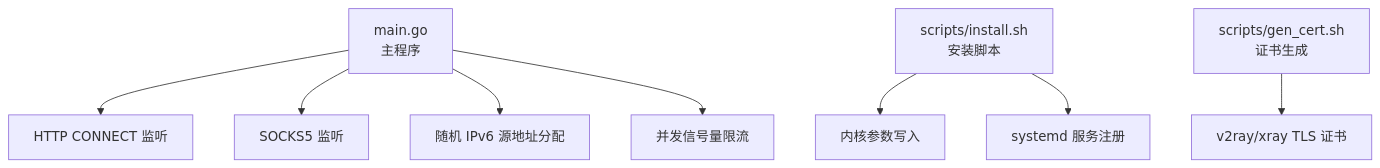
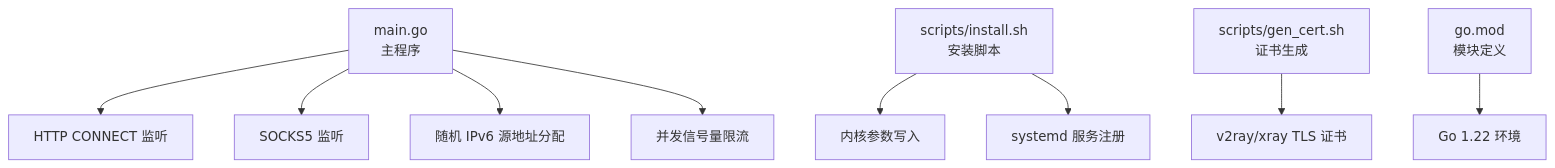
One commit to chuwang9964/ipv6-proxy-pool changed the first of 4 diagrams in .qoder/repowiki/zh/content/配置参考.md. Above: the diagram before and after it, drawn with Mermaid. The commit also changed other lines of this file and 22 other files, not shown here.

````diff
--- a/.qoder/repowiki/zh/content/配置参考.md
+++ b/.qoder/repowiki/zh/content/配置参考.md
@@ -33,10 +42,11 @@
 ```mermaid
 graph TB
 A["main.go<br/>主程序"] --> B["HTTP CONNECT 监听"]
 A --> C["SOCKS5 监听"]
 A --> D["随机 IPv6 源地址分配"]
 A --> E["并发信号量限流"]
 F["scripts/install.sh<br/>安装脚本"] --> G["内核参数写入"]
 F --> H["systemd 服务注册"]
 I["scripts/gen_cert.sh<br/>证书生成"] --> J["v2ray/xray TLS 证书"]
+K["go.mod<br/>模块定义"] --> L["Go 1.22 环境"]
 ```
````
